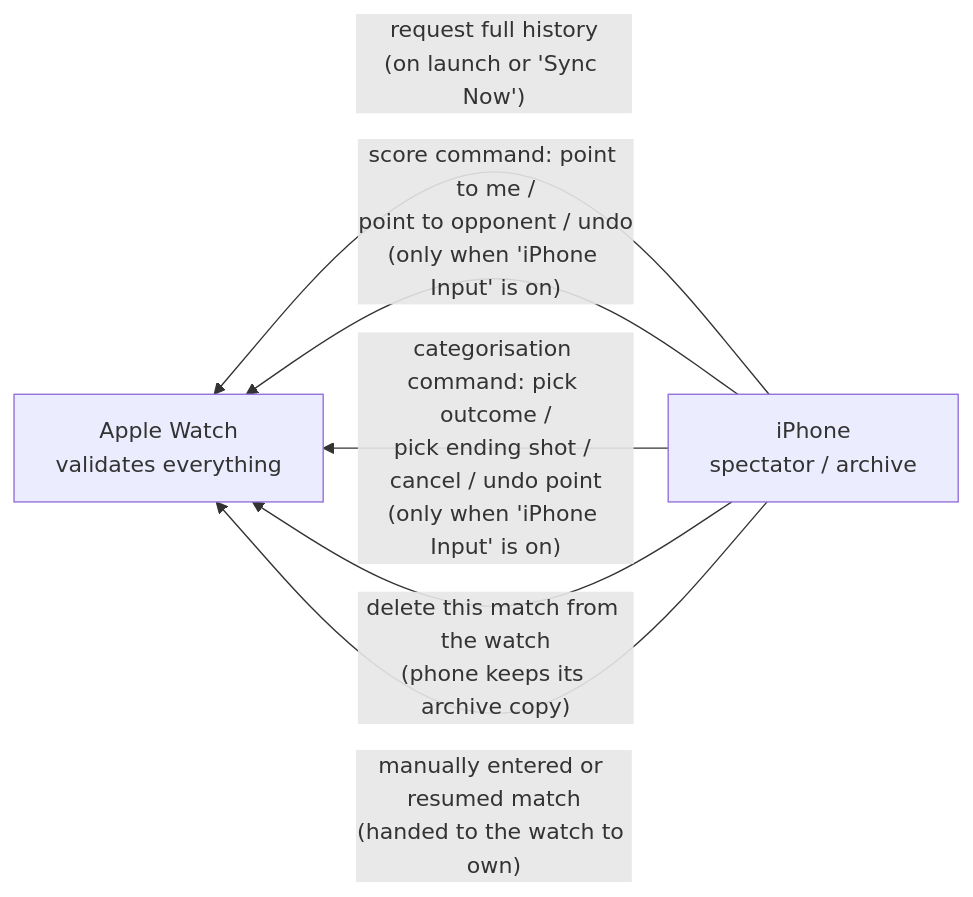
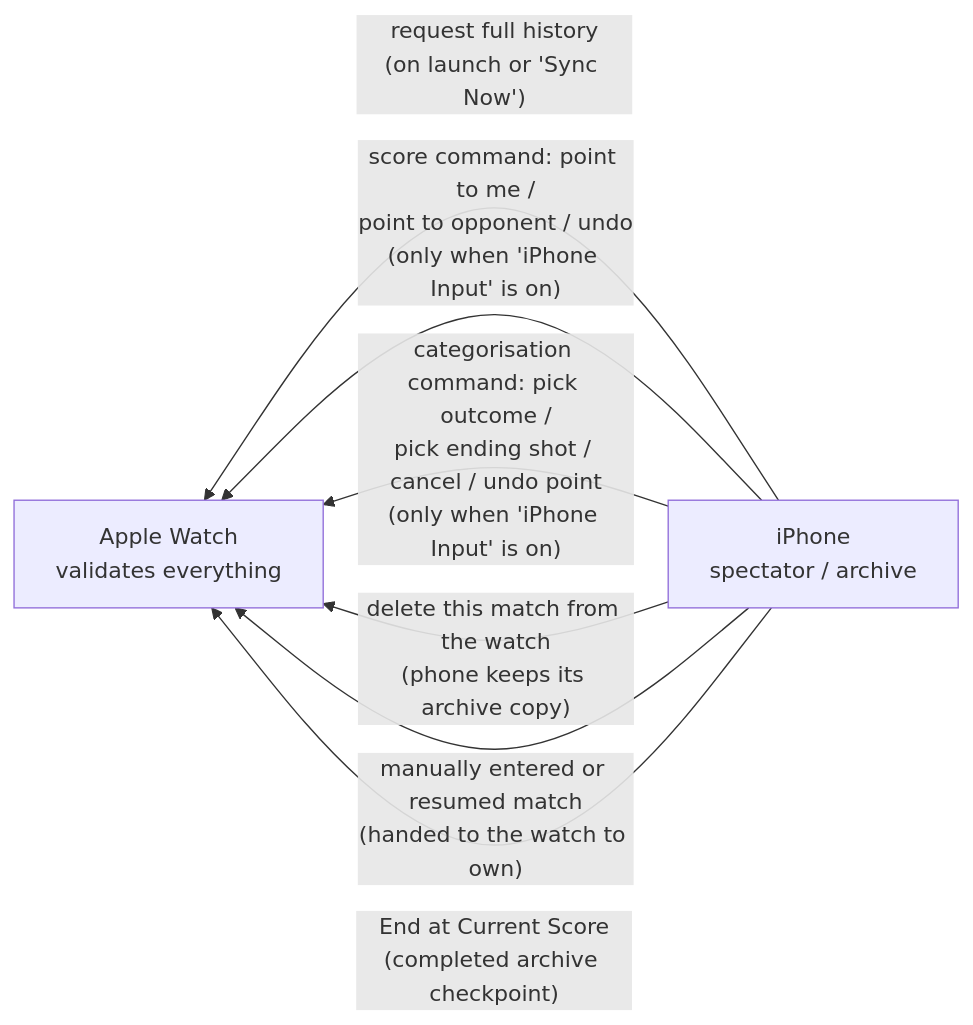
Before and after one commit to EMRahman/DeuceMate: the second of 6 diagrams in docs/architecture/sync-and-data-flow.md, drawn with Mermaid. The commit also changed other lines of this file and 25 other files, not shown here.

Commit message:
[iOS/Watch] Stabilize deletion and complete matches at current score

````diff
--- a/docs/architecture/sync-and-data-flow.md
+++ b/docs/architecture/sync-and-data-flow.md
@@ -44,10 +46,11 @@
 ```mermaid
 flowchart RL
     P["iPhone<br/>spectator / archive"]
     W["Apple Watch<br/>validates everything"]
     P -- "request full history<br/>(on launch or 'Sync Now')" --> W
     P -- "score command: point to me /<br/>point to opponent / undo<br/>(only when 'iPhone Input' is on)" --> W
     P -- "categorisation command: pick outcome /<br/>pick ending shot / cancel / undo point<br/>(only when 'iPhone Input' is on)" --> W
     P -- "delete this match from the watch<br/>(phone keeps its archive copy)" --> W
     P -- "manually entered or resumed match<br/>(handed to the watch to own)" --> W
+    P -- "End at Current Score<br/>(completed archive checkpoint)" --> W
 ```
````
